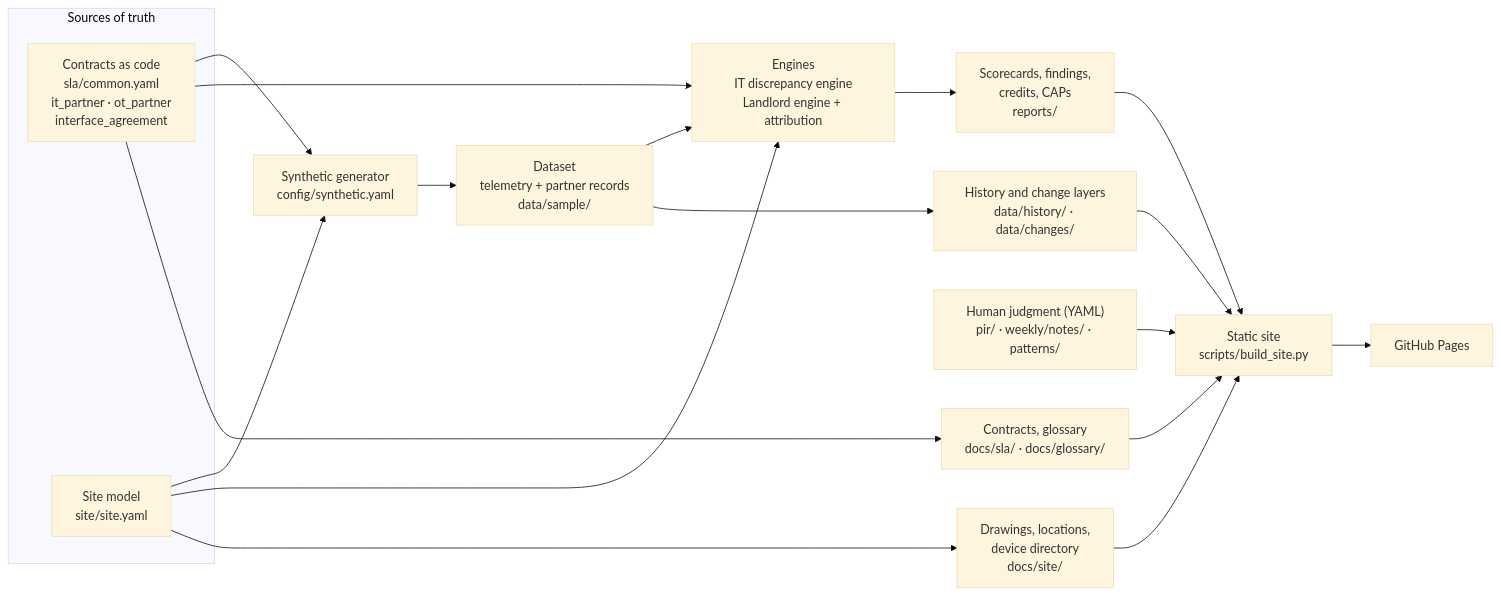
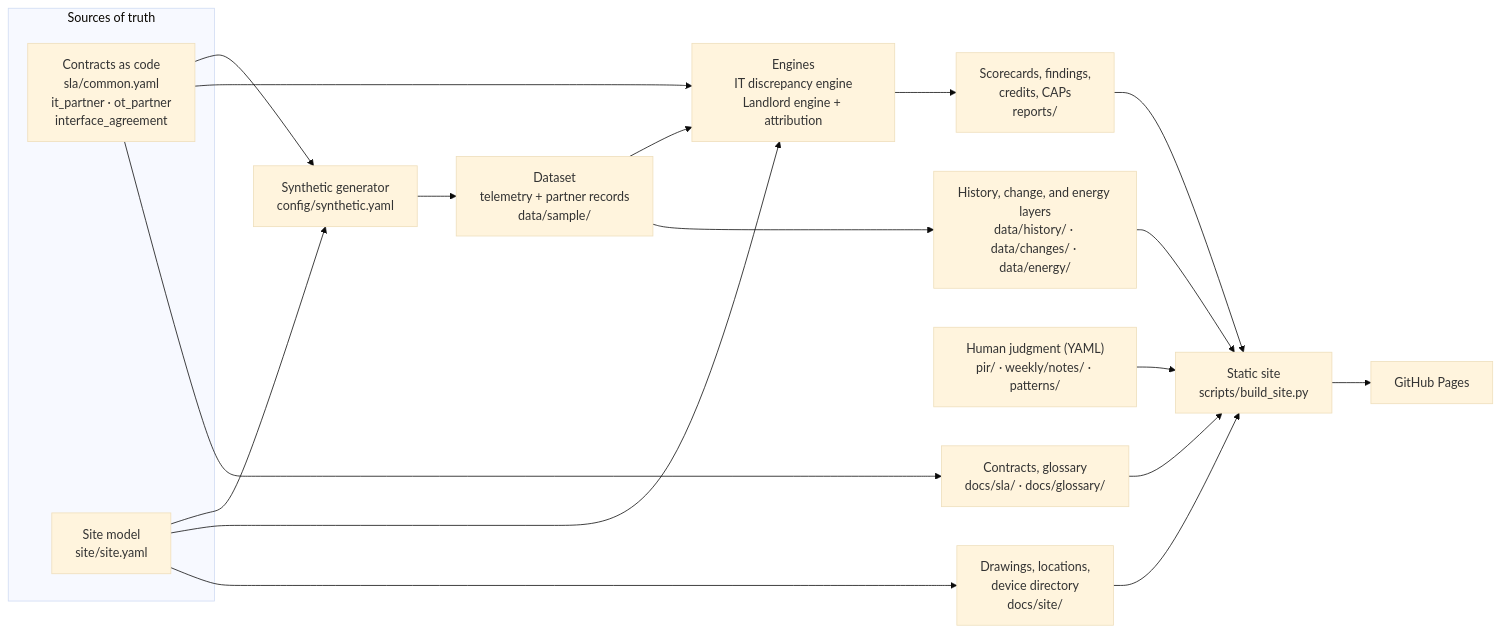
The diagram in README.md (JasonMossotti/dco-vendor-scorecard), drawn with Mermaid (base theme) before and after one commit. The commit also changed other lines of this file and 45 other files, not shown here.

````diff
--- a/README.md
+++ b/README.md
@@ -49,24 +50,24 @@
 ```mermaid
 flowchart LR
   subgraph truth[Sources of truth]
     SLA["Contracts as code<br/>sla/common.yaml<br/>it_partner · ot_partner<br/>interface_agreement"]
     SITE["Site model<br/>site/site.yaml"]
   end
   GEN["Synthetic generator<br/>config/synthetic.yaml"]
   GEN --> DATA["Dataset<br/>telemetry + partner records<br/>data/sample/"]
   SITE --> GEN
   SLA --> GEN
   DATA --> ENG["Engines<br/>IT discrepancy engine<br/>Landlord engine + attribution"]
   SLA --> ENG
   SITE --> ENG
   ENG --> REP["Scorecards, findings,<br/>credits, CAPs<br/>reports/"]
-  DATA --> HIST["History and change layers<br/>data/history/ · data/changes/"]
+  DATA --> HIST["History, change, and energy layers<br/>data/history/ · data/changes/ · data/energy/"]
   REP --> PAGES
   HIST --> PAGES
   JUDG["Human judgment (YAML)<br/>pir/ · weekly/notes/ · patterns/"] --> PAGES
   SLA --> DOCS["Contracts, glossary<br/>docs/sla/ · docs/glossary/"]
   SITE --> DWG["Drawings, locations,<br/>device directory<br/>docs/site/"]
   DOCS --> PAGES
   DWG --> PAGES
   PAGES["Static site<br/>scripts/build_site.py"] --> GH["GitHub Pages"]
 ```
````
